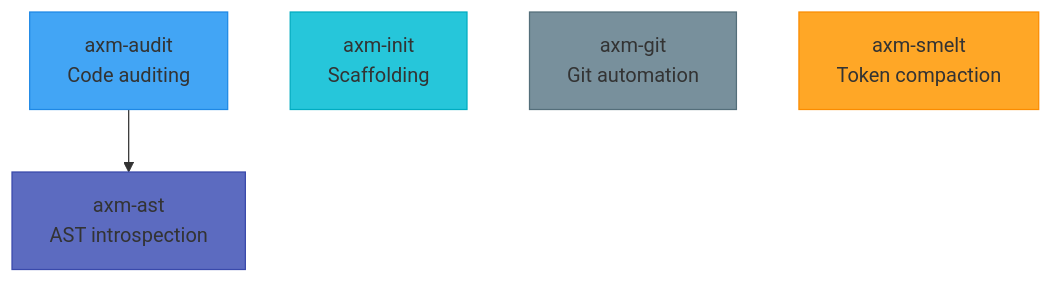
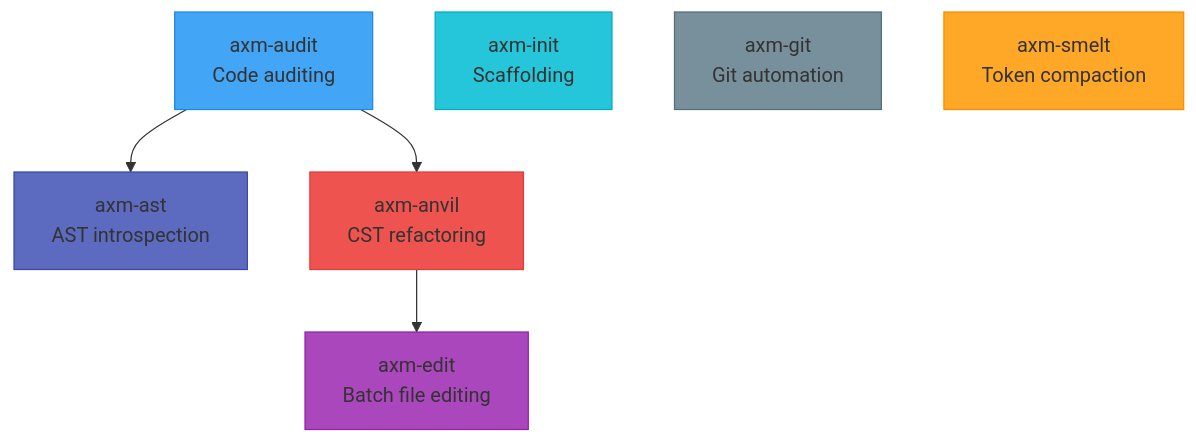
One commit to axm-protocols/axm-forge changed the diagram in docs/index.md. Above: the diagram before and after it, drawn with Mermaid.

Commit message:
docs: add axm-anvil and axm-edit nodes to forge graph
Extends the Mermaid package graph with axm-anvil (CST refactoring) and
axm-edit (batch file editing), wiring axm-audit -> axm-anvil -> axm-edit.
Switches node labels from `\n` to `<br/>` for correct line breaks.

````diff
--- a/docs/index.md
+++ b/docs/index.md
@@ -103,14 +103,19 @@
 ```mermaid
 graph TD
     classDef ast fill:#5C6BC0,stroke:#3949AB
     classDef audit fill:#42A5F5,stroke:#1E88E5
     classDef init fill:#26C6DA,stroke:#00ACC1
     classDef git fill:#78909C,stroke:#546E7A
     classDef smelt fill:#FFA726,stroke:#FB8C00
+    classDef anvil fill:#EF5350,stroke:#E53935
+    classDef edit fill:#AB47BC,stroke:#8E24AA
 
-    AST["axm-ast\nAST introspection"]:::ast
-    AUDIT["axm-audit\nCode auditing"]:::audit --> AST
-    INIT["axm-init\nScaffolding"]:::init
-    GIT["axm-git\nGit automation"]:::git
-    SMELT["axm-smelt\nToken compaction"]:::smelt
+    AST["axm-ast<br/>AST introspection"]:::ast
+    AUDIT["axm-audit<br/>Code auditing"]:::audit --> AST
+    AUDIT --> ANVIL
+    INIT["axm-init<br/>Scaffolding"]:::init
+    GIT["axm-git<br/>Git automation"]:::git
+    SMELT["axm-smelt<br/>Token compaction"]:::smelt
+    ANVIL["axm-anvil<br/>CST refactoring"]:::anvil --> EDIT
+    EDIT["axm-edit<br/>Batch file editing"]:::edit
 ```
````
